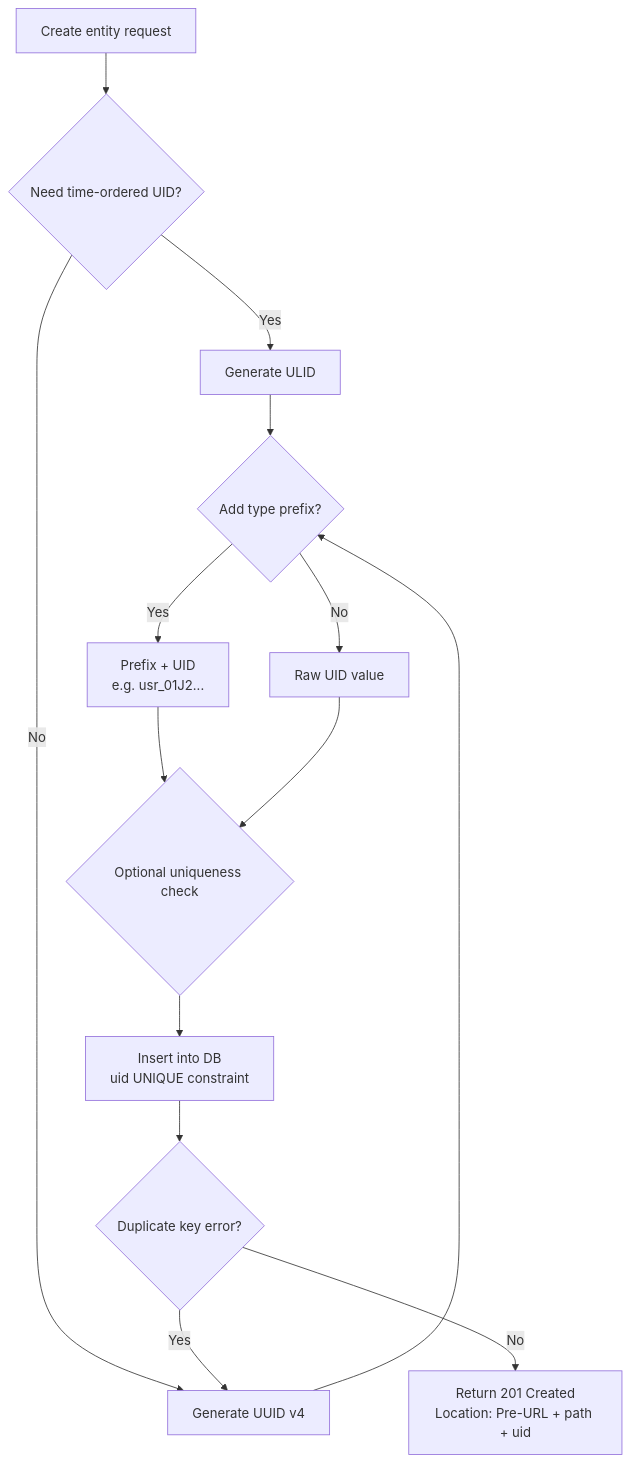
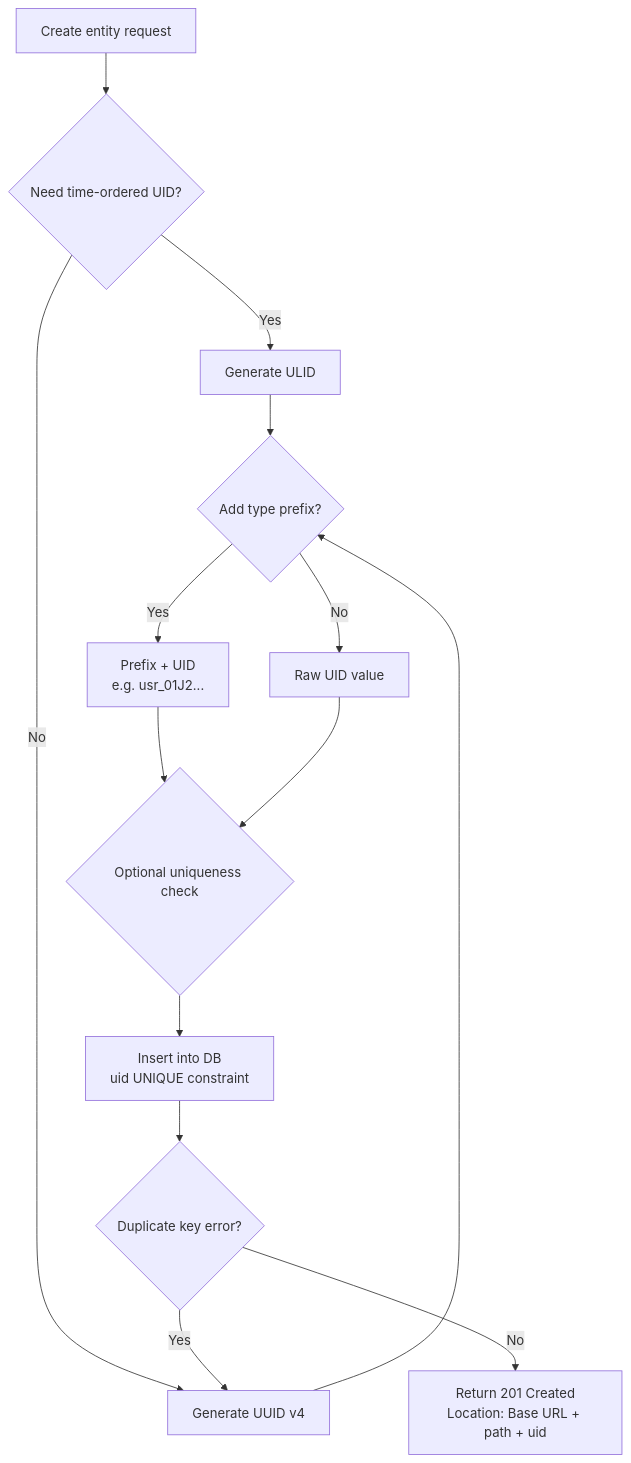
One commit to RohanYadav1812/system-design changed the fourth of 17 diagrams in HLD/HLD-LLD-Complete-Document.md. Above: the diagram before and after it, drawn with Mermaid. The commit also changed other lines of this file, not shown here.

Commit message:
Document pre-signed URLs, S3/Azure Blob usage, and Base URL distinction in HLD/LLD doc

````diff
--- a/HLD/HLD-LLD-Complete-Document.md
+++ b/HLD/HLD-LLD-Complete-Document.md
@@ -294,16 +295,16 @@
 ```mermaid
 flowchart TD
     A[Create entity request] --> B{Need time-ordered UID?}
     B -->|Yes| C[Generate ULID]
     B -->|No| D[Generate UUID v4]
     C --> E{Add type prefix?}
     D --> E
     E -->|Yes| F["Prefix + UID<br/>e.g. usr_01J2..."]
     E -->|No| G[Raw UID value]
     F --> H{Optional uniqueness check}
     G --> H
     H --> I[Insert into DB<br/>uid UNIQUE constraint]
     I --> J{Duplicate key error?}
     J -->|Yes| D
-    J -->|No| K["Return 201 Created<br/>Location: Pre-URL + path + uid"]
+    J -->|No| K["Return 201 Created<br/>Location: Base URL + path + uid"]
 ```
````
